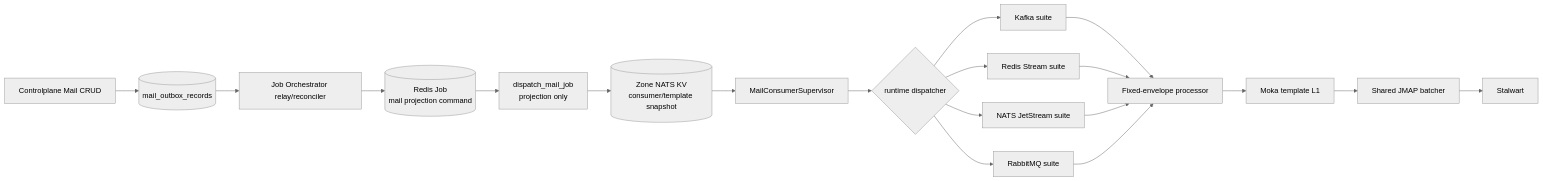
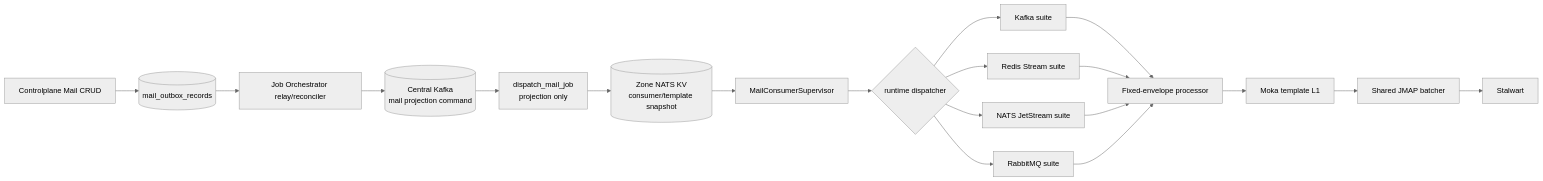
The diagram in god_view/mail/dataplane_broker_mail_execution_god_view.md (phucle996/aurora), drawn with Mermaid (neutral theme) before and after one commit. The commit also changed other lines of this file and 91 other files, not shown here.

Commit message:
feat: migrate job-orchestrator and dataplane communication from Redis PubSub to Kafka transport layer

````diff
--- a/god_view/mail/dataplane_broker_mail_execution_god_view.md
+++ b/god_view/mail/dataplane_broker_mail_execution_god_view.md
@@ -25,23 +25,23 @@
 ```mermaid
 flowchart LR
     CP[Controlplane Mail CRUD] --> O[(mail_outbox_records)]
     O --> JO[Job Orchestrator relay/reconciler]
-    JO --> RJ[(Redis Job<br/>mail projection command)]
+    JO --> RJ[(Central Kafka<br/>mail projection command)]
     RJ --> PJ[dispatch_mail_job<br/>projection only]
     PJ --> KV[(Zone NATS KV<br/>consumer/template snapshot)]
 
     KV --> SUP[MailConsumerSupervisor]
     SUP --> DISP{runtime dispatcher}
     DISP --> K[Kafka suite]
     DISP --> R[Redis Stream suite]
     DISP --> N[NATS JetStream suite]
     DISP --> Q[RabbitMQ suite]
 
     K --> P[Fixed-envelope processor]
     R --> P
     N --> P
     Q --> P
     P --> TL1[Moka template L1]
     TL1 --> B[Shared JMAP batcher]
     B --> S[Stalwart]
 ```
````
